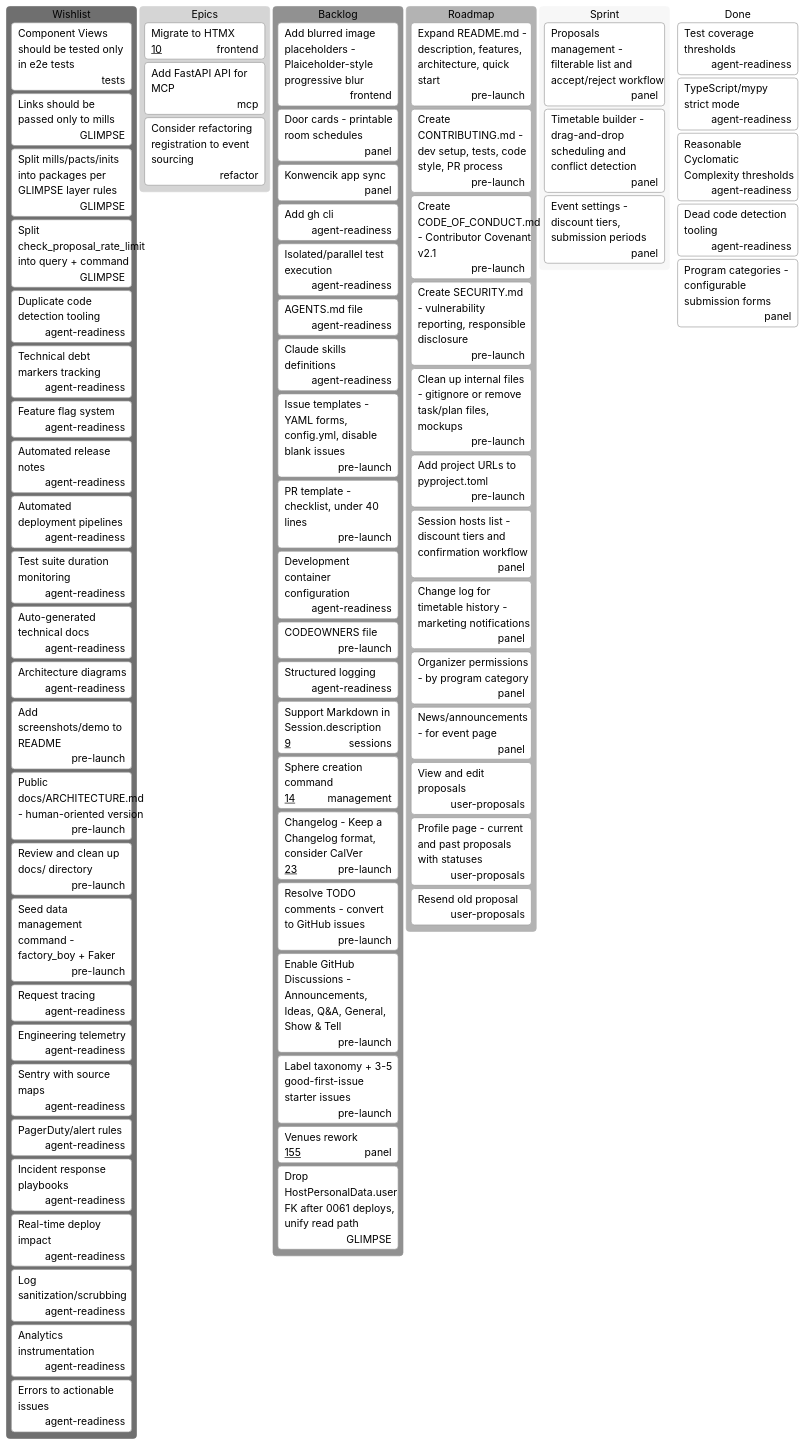
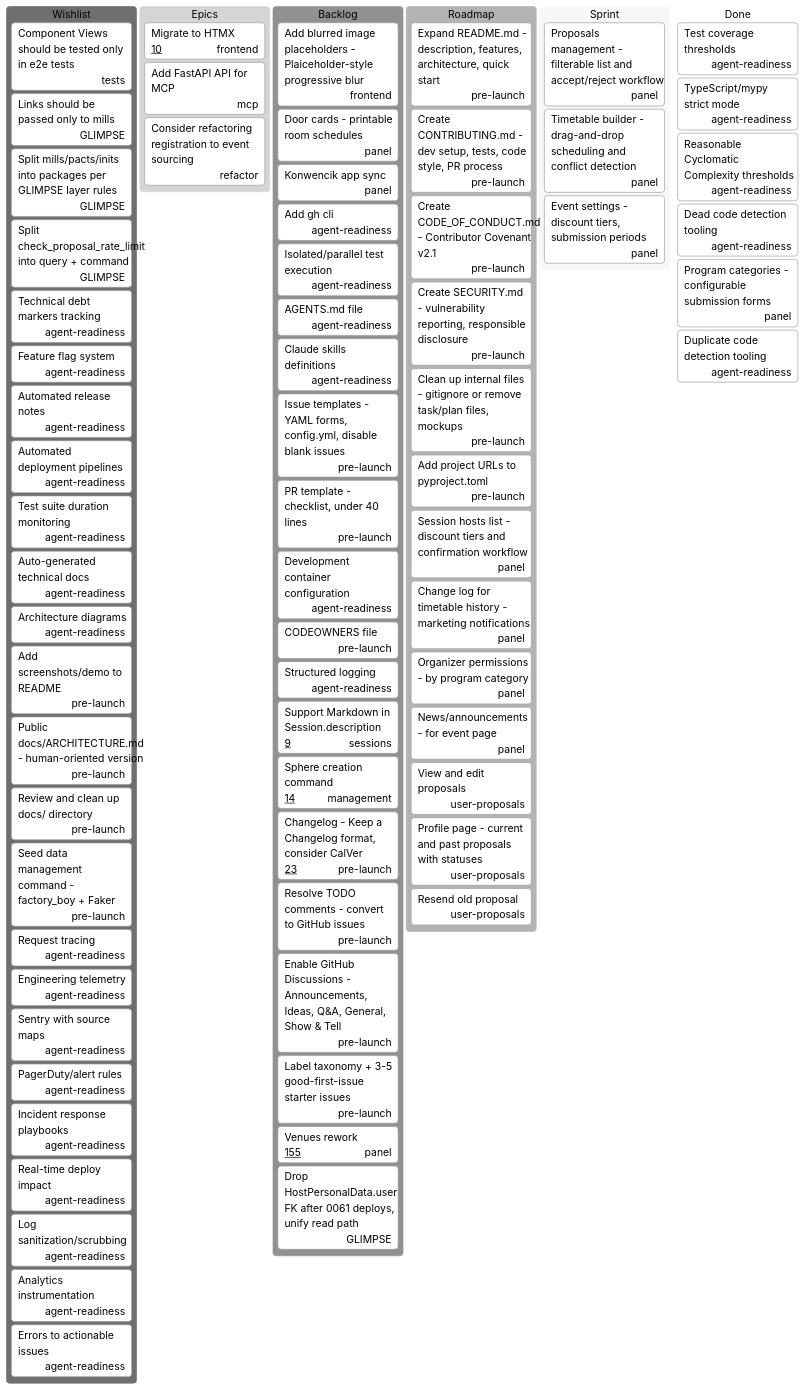
One commit to fancysnake/ludamus changed the diagram in TODO.md. Above: the diagram before and after it, drawn with Mermaid (neutral theme). The commit also changed other lines of this file and 6 other files, not shown here.

First line of the commit message:
Deduplicate tag-attr parsing, enable pylint duplicate-code for src

````diff
--- a/TODO.md
+++ b/TODO.md
@@ -16,7 +16,6 @@
     [Split check_proposal_rate_limit into query + command]@{
       assigned: 'GLIMPSE'
     }
-    [Duplicate code detection tooling]@{ assigned: 'agent-readiness' }
     [Technical debt markers tracking]@{ assigned: 'agent-readiness' }
     [Feature flag system]@{ assigned: 'agent-readiness' }
     [Automated release notes]@{ assigned: 'agent-readiness' }
@@ -137,4 +136,5 @@
     }
     [Dead code detection tooling]@{ assigned: 'agent-readiness' }
     [Program categories - configurable submission forms]@{ assigned: 'panel' }
+    [Duplicate code detection tooling]@{ assigned: 'agent-readiness' }
 ```
````
